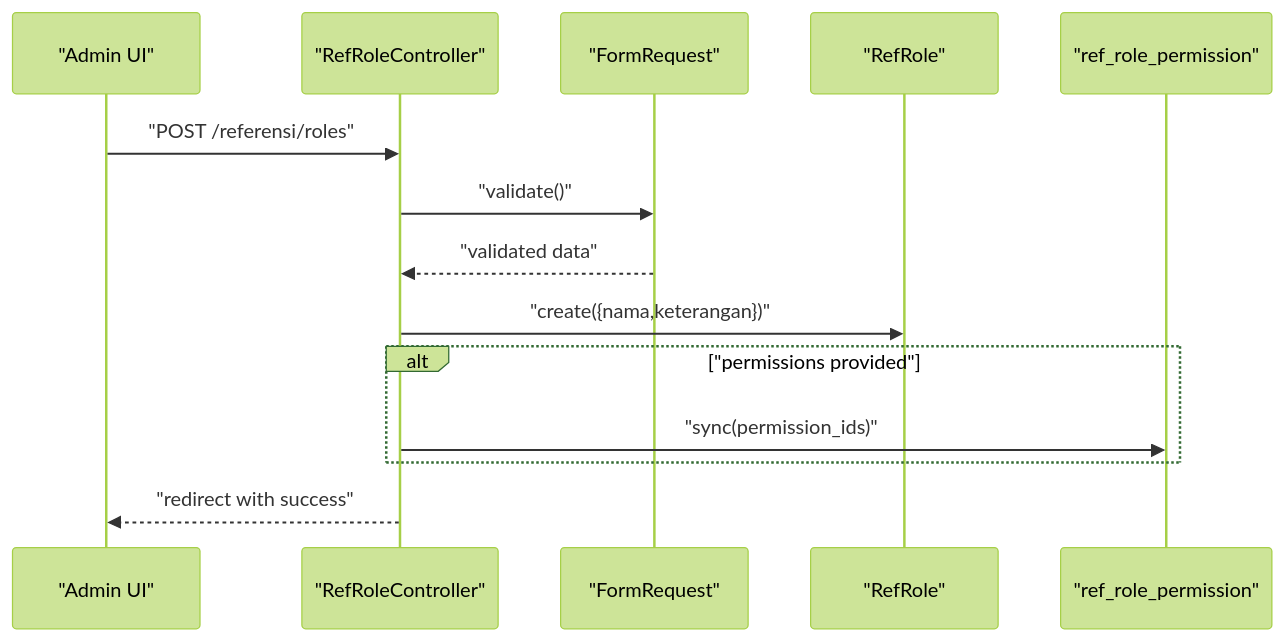
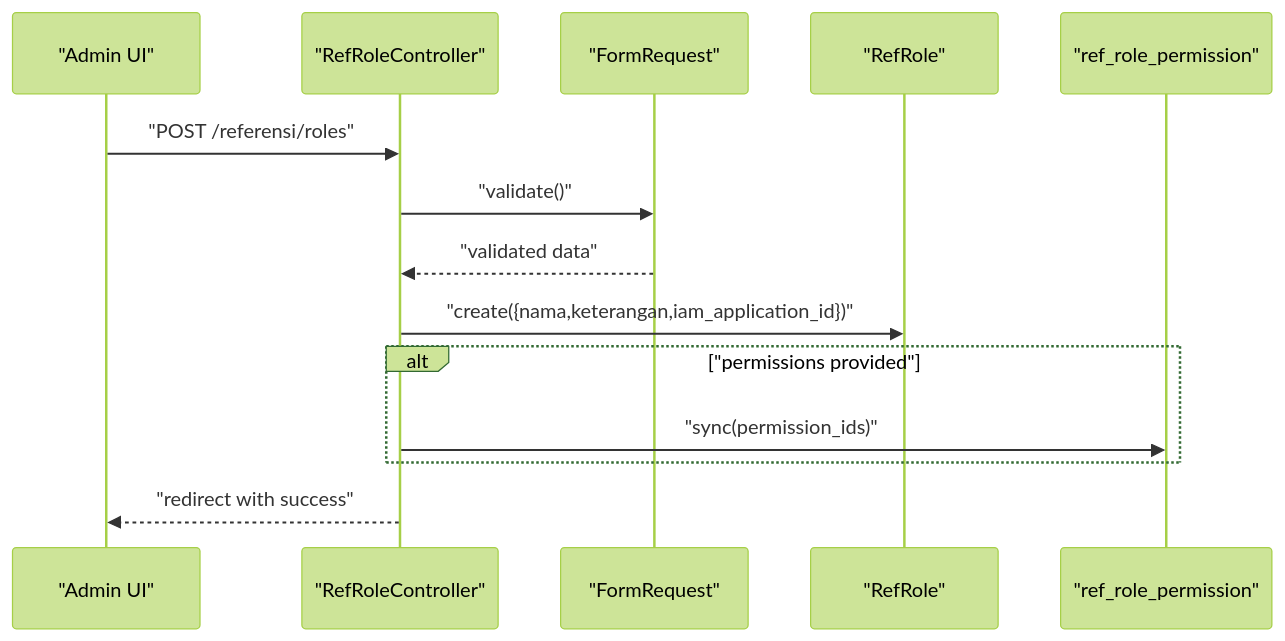
Before and after one commit to PA-Penajam/kepegawaian_apps: the third of 10 diagrams in .qoder/repowiki/en/content/Reference Data Management/Role and Permission Reference Data.md, drawn with Mermaid (forest theme). The commit also changed other lines of this file and 13 other files, not shown here.

````diff
--- a/.qoder/repowiki/en/content/Reference Data Management/Role and Permission Reference Data.md
+++ b/.qoder/repowiki/en/content/Reference Data Management/Role and Permission Reference Data.md
@@ -185,16 +221,16 @@
 ```mermaid
 sequenceDiagram
 participant Admin as "Admin UI"
 participant Controller as "RefRoleController"
 participant Validator as "FormRequest"
 participant Model as "RefRole"
 participant Pivot as "ref_role_permission"
 Admin->>Controller : "POST /referensi/roles"
 Controller->>Validator : "validate()"
 Validator-->>Controller : "validated data"
-Controller->>Model : "create({nama,keterangan})"
+Controller->>Model : "create({nama,keterangan,iam_application_id})"
 alt "permissions provided"
 Controller->>Pivot : "sync(permission_ids)"
 end
 Controller-->>Admin : "redirect with success"
 ```
````
